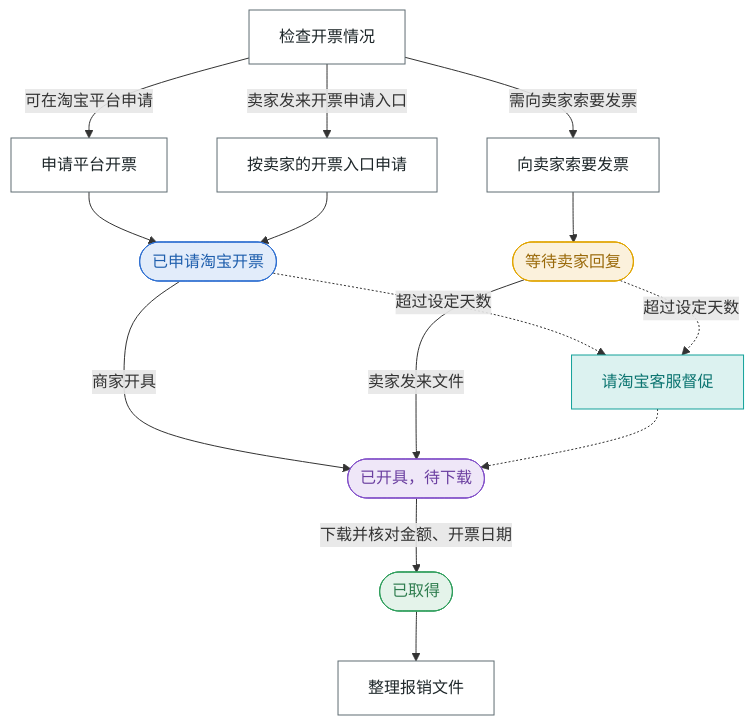
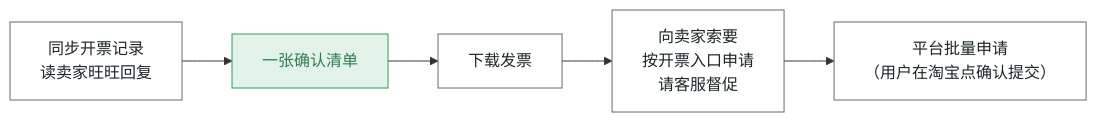
Before and after one commit to jackdhch/taobao-order-triage: the second of 2 diagrams in README.md, drawn with Mermaid. The commit also changed other lines of this file and 11 other files, not shown here.

First line of the commit message:
README、截图和说明同步为四步主线

````diff
--- a/README.md
+++ b/README.md
@@ -263,29 +187,8 @@
 ```mermaid
-flowchart TB
-    chk["检查开票情况"]
-    chk -->|可在淘宝平台申请| a1["申请平台开票"]
-    chk -->|卖家发来开票申请入口| a2["按卖家的开票入口申请"]
-    chk -->|需向卖家索要发票| a3["向卖家索要发票"]
-    a1 --> st1(["已申请淘宝开票"])
-    a2 --> st1
-    a3 --> st2(["等待卖家回复"])
-    st1 -.->|超过设定天数| vip["请淘宝客服督促"]
-    st2 -.->|超过设定天数| vip
-    st1 -->|商家开具| st3(["已开具，待下载"])
-    st2 -->|卖家发来文件| st3
-    vip -.-> st3
-    st3 -->|下载并核对金额、开票日期| st4(["已取得"])
-    st4 --> pack["整理报销文件"]
+flowchart LR
+    a["同步开票记录<br>读卖家旺旺回复"] --> b["一张确认清单"] --> c["下载发票"] --> d["向卖家索要<br>按开票入口申请<br>请客服督促"] --> e["平台批量申请<br>（用户在淘宝点确认提交）"]
     classDef act fill:#FFFFFF,stroke:#5F6C72,color:#1D2629
-    classDef plat fill:#E2ECFA,stroke:#2F6FD0,color:#1F5FAD
-    classDef wait fill:#FBF1DC,stroke:#E0A400,color:#9A6A0B
-    classDef urge fill:#DCF2F0,stroke:#12A19A,color:#0B7470
-    classDef info fill:#EFE7F8,stroke:#8250C8,color:#6B3FA0
     classDef ok fill:#E4F3EA,stroke:#2E9D5B,color:#2F7D4F
-    class chk,a1,a2,a3,pack act
-    class vip urge
-    class st1 plat
-    class st2 wait
-    class st3 info
-    class st4 ok
+    class a,c,d,e act
+    class b ok
 ```
````
